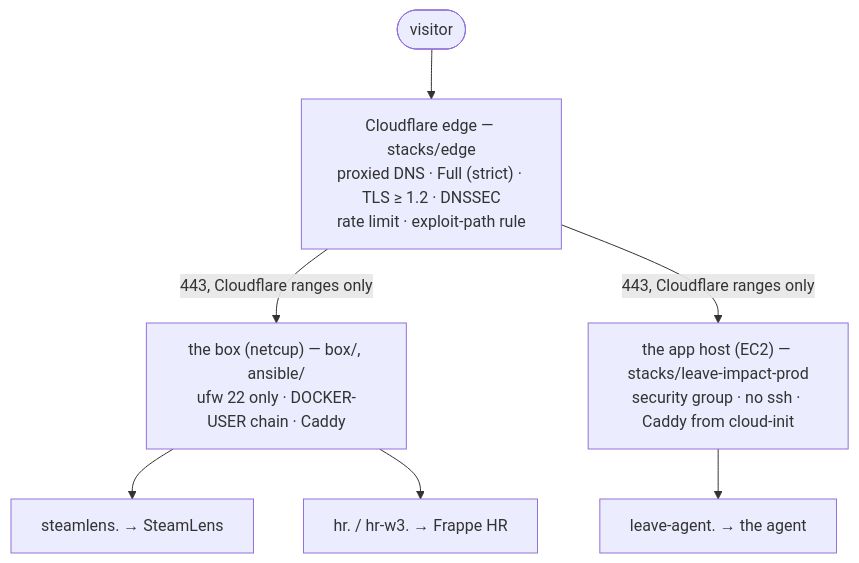
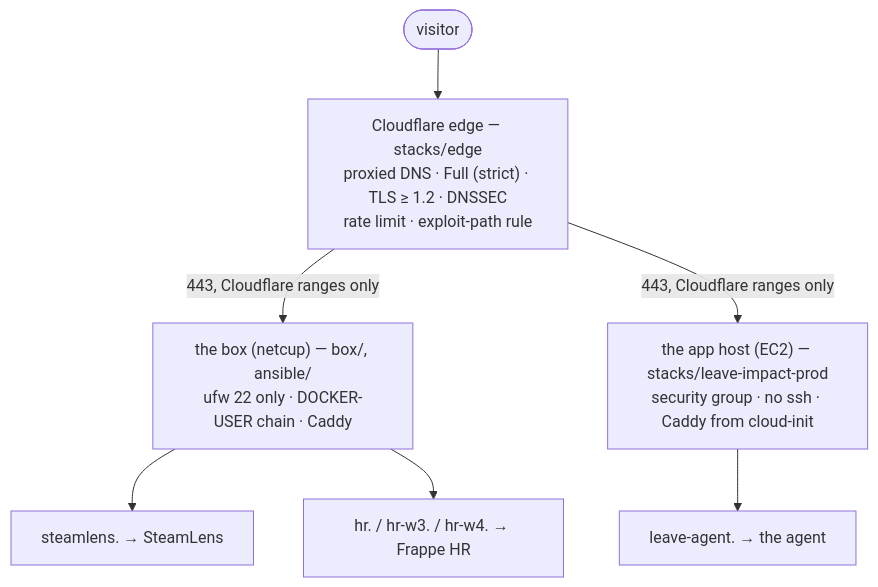
Before and after one commit to arda-basarici/platform: the diagram in README.md, drawn with Mermaid. The commit also changed other lines of this file and 7 other files, not shown here.

````diff
--- a/README.md
+++ b/README.md
@@ -69,14 +69,14 @@
 ```mermaid
 %%{init: {"flowchart": {"diagramPadding": 150}}}%%
 flowchart TD
     V([visitor]) --> CF["`Cloudflare edge — stacks/edge
     proxied DNS · Full (strict) · TLS ≥ 1.2 · DNSSEC
     rate limit · exploit-path rule`"]
     CF -->|"443, Cloudflare ranges only"| BOX["`the box (netcup) — box/, ansible/
     ufw 22 only · DOCKER-USER chain · Caddy`"]
     CF -->|"443, Cloudflare ranges only"| AWS["`the app host (EC2) — stacks/leave-impact-prod
     security group · no ssh · Caddy from cloud-init`"]
     BOX --> SL["steamlens. → SteamLens"]
-    BOX --> HR["hr. / hr-w3. → Frappe HR"]
+    BOX --> HR["hr. / hr-w3. / hr-w4. → Frappe HR"]
     AWS --> LA["leave-agent. → the agent"]
 ```
````
